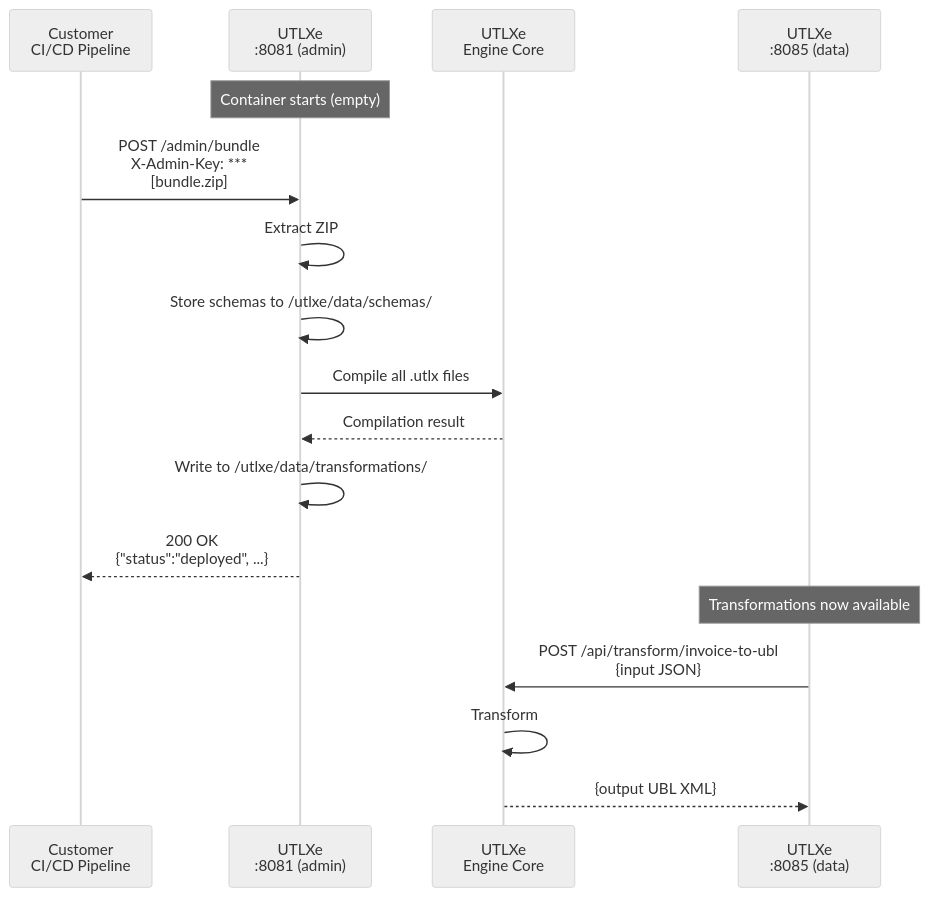
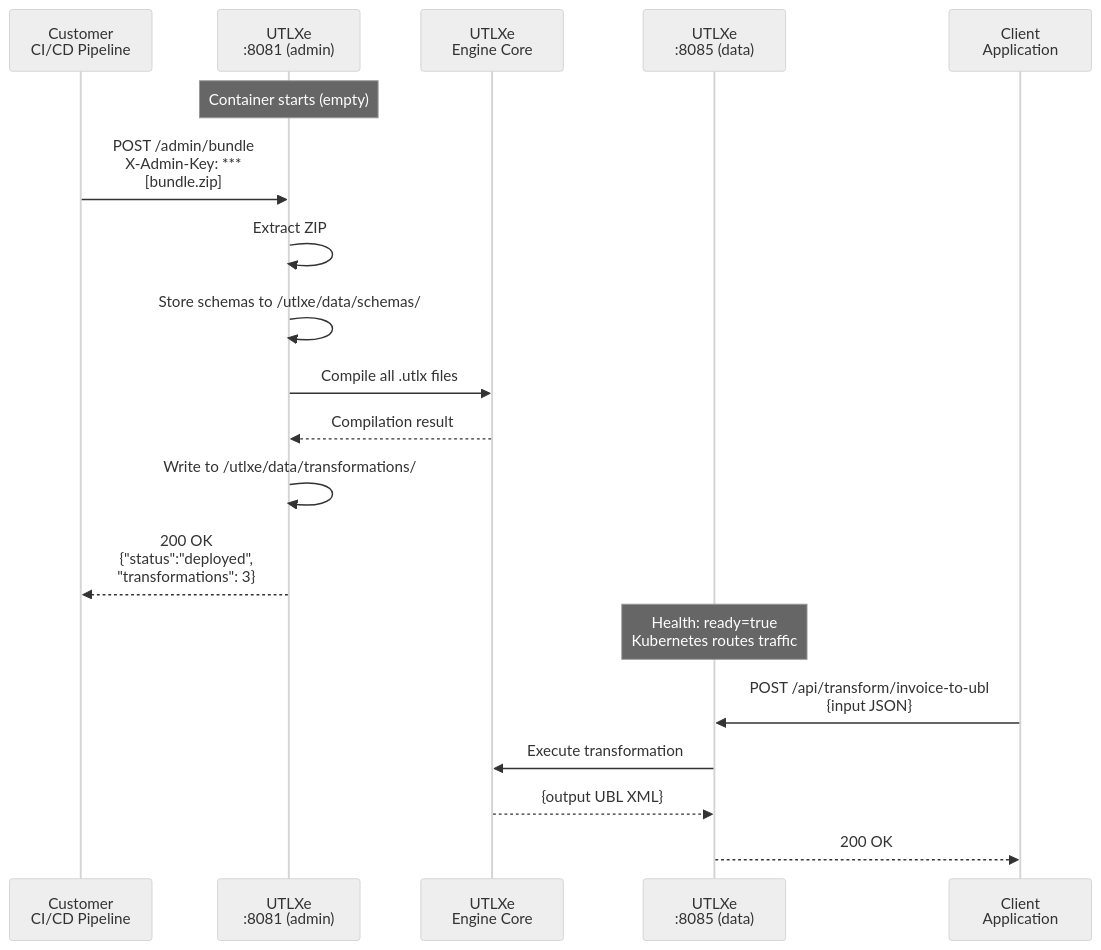
Before and after one commit to grauwen/utl-x: the first of 6 diagrams in docs/features/EF03-bundle-management-api.md, drawn with Mermaid. The commit also changed other lines of this file, not shown here.

Commit message:
EF03 updates with latest sequence diagrams

````diff
--- a/docs/features/EF03-bundle-management-api.md
+++ b/docs/features/EF03-bundle-management-api.md
@@ -793,28 +793,30 @@
 ```mermaid
 ---
 config:
   look: handDrawn
   theme: neutral
 ---
 sequenceDiagram
-    participant Customer as Customer<br/>CI/CD Pipeline
+    participant CICD as Customer<br/>CI/CD Pipeline
     participant Admin as UTLXe<br/>:8081 (admin)
     participant Engine as UTLXe<br/>Engine Core
     participant Data as UTLXe<br/>:8085 (data)
+    participant App as Client<br/>Application
 
     Note over Admin: Container starts (empty)
 
-    Customer->>Admin: POST /admin/bundle<br/>X-Admin-Key: ***<br/>[bundle.zip]
+    CICD->>Admin: POST /admin/bundle<br/>X-Admin-Key: ***<br/>[bundle.zip]
     Admin->>Admin: Extract ZIP
     Admin->>Admin: Store schemas to /utlxe/data/schemas/
     Admin->>Engine: Compile all .utlx files
     Engine-->>Admin: Compilation result
     Admin->>Admin: Write to /utlxe/data/transformations/
-    Admin-->>Customer: 200 OK<br/>{"status":"deployed", ...}
+    Admin-->>CICD: 200 OK<br/>{"status":"deployed",<br/>"transformations": 3}
 
-    Note over Data: Transformations now available
+    Note over Data: Health: ready=true<br/>Kubernetes routes traffic
 
-    Data->>Engine: POST /api/transform/invoice-to-ubl<br/>{input JSON}
-    Engine->>Engine: Transform
+    App->>Data: POST /api/transform/invoice-to-ubl<br/>{input JSON}
+    Data->>Engine: Execute transformation
     Engine-->>Data: {output UBL XML}
+    Data-->>App: 200 OK
 ```
````
